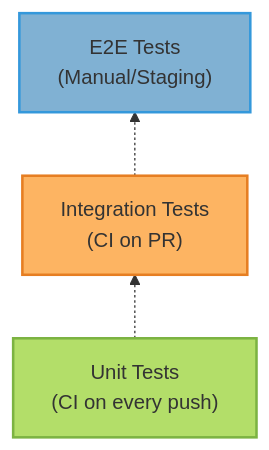
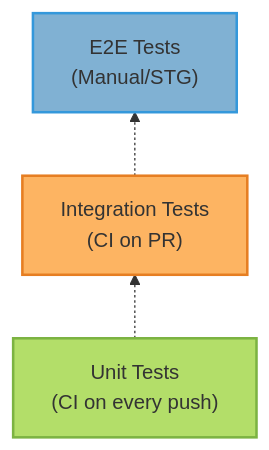
One commit to vishnu2kmohan/mcp-server-langgraph changed the diagram in docs/reference/development/ci-cd/testing.mdx. Above: the diagram before and after it, drawn with Mermaid. The commit also changed 500 other files, not shown here.

````diff
--- a/docs/reference/development/ci-cd/testing.mdx
+++ b/docs/reference/development/ci-cd/testing.mdx
@@ -15,18 +15,18 @@
 ```mermaid
 flowchart BT
     A["Unit Tests<br/>(CI on every push)"]
     B["Integration Tests<br/>(CI on PR)"]
-    C["E2E Tests<br/>(Manual/Staging)"]
+    C["E2E Tests<br/>(Manual/STG)"]
 
     A -.-> B
     B -.-> C
 
     %% ColorBrewer2 Set3 palette - each component type uniquely colored
     classDef unitStyle fill:#b3de69,stroke:#7cb342,stroke-width:2px,color:#333
     classDef integrationStyle fill:#fdb462,stroke:#e67e22,stroke-width:2px,color:#333
     classDef e2eStyle fill:#80b1d3,stroke:#3498db,stroke-width:2px,color:#333
 
     class A unitStyle
     class B integrationStyle
     class C e2eStyle
 ```
````
